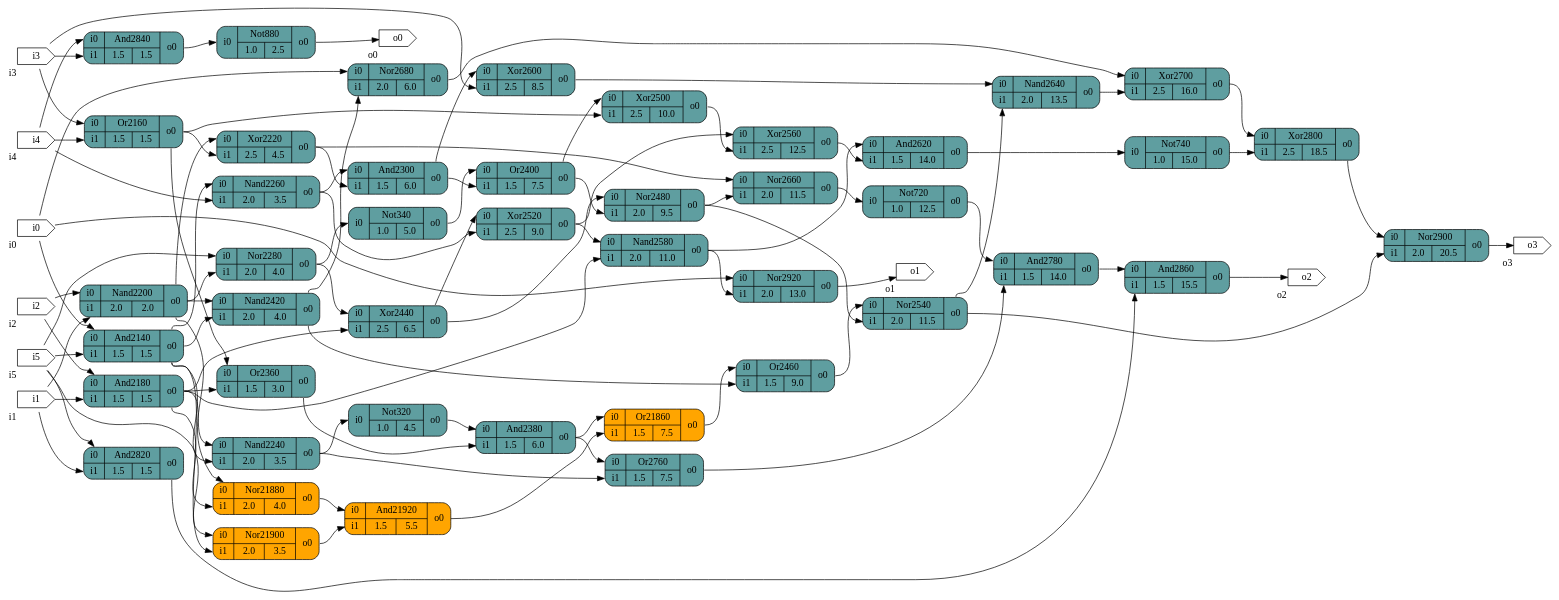
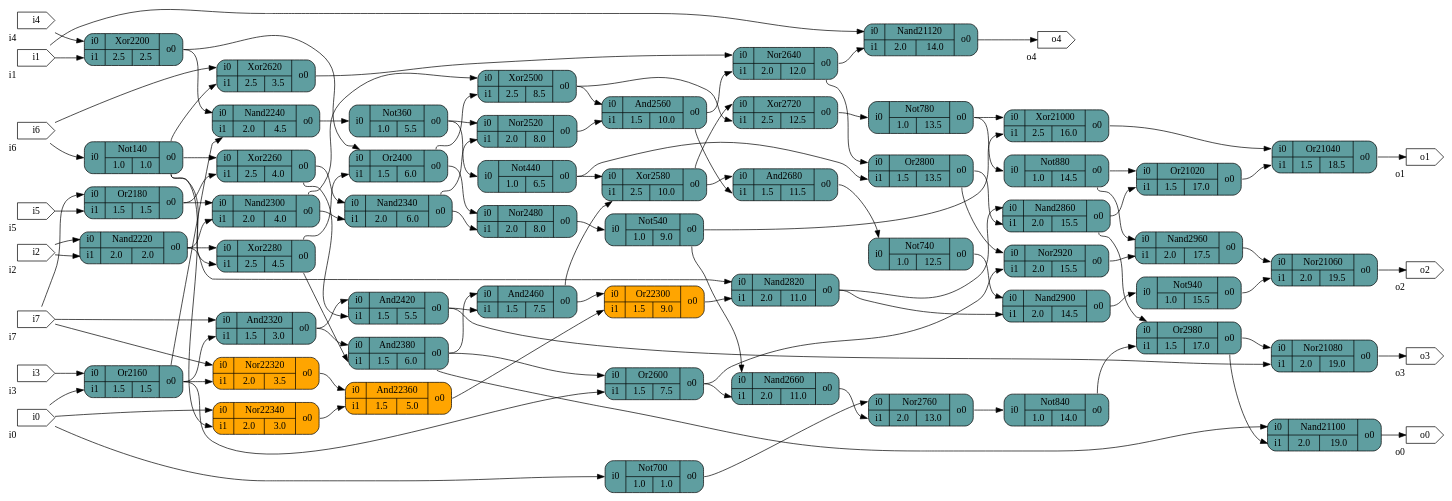
One commit to Quentin-Tual/Netenos changed the diagram in rand_circ_mod.dot. Above: the diagram before and after it, drawn with Graphviz. The commit also changed 9 other files, not shown here.

```diff
--- a/rand_circ_mod.dot
+++ b/rand_circ_mod.dot
@@ -1,144 +1,173 @@
 digraph test {
 		graph [rankdir = LR];
-		And2140[shape=record; style="rounded,filled"; fillcolor=cadetblue; label="{{<i0>i0|<i1>i1}|{And2140|{1.5|1.5}}|{<o0>o0}}"]
+		Not140[shape=record; style="rounded,filled"; fillcolor=cadetblue; label="{{<i0>i0}|{Not140|{1.0|1.0}}|{<o0>o0}}"]
 		Or2160[shape=record; style="rounded,filled"; fillcolor=cadetblue; label="{{<i0>i0|<i1>i1}|{Or2160|{1.5|1.5}}|{<o0>o0}}"]
-		And2180[shape=record; style="rounded,filled"; fillcolor=cadetblue; label="{{<i0>i0|<i1>i1}|{And2180|{1.5|1.5}}|{<o0>o0}}"]
-		Nand2200[shape=record; style="rounded,filled"; fillcolor=cadetblue; label="{{<i0>i0|<i1>i1}|{Nand2200|{2.0|2.0}}|{<o0>o0}}"]
-		Xor2220[shape=record; style="rounded,filled"; fillcolor=cadetblue; label="{{<i0>i0|<i1>i1}|{Xor2220|{2.5|4.5}}|{<o0>o0}}"]
-		Nand2240[shape=record; style="rounded,filled"; fillcolor=cadetblue; label="{{<i0>i0|<i1>i1}|{Nand2240|{2.0|3.5}}|{<o0>o0}}"]
-		Nand2260[shape=record; style="rounded,filled"; fillcolor=cadetblue; label="{{<i0>i0|<i1>i1}|{Nand2260|{2.0|3.5}}|{<o0>o0}}"]
-		Nor2280[shape=record; style="rounded,filled"; fillcolor=cadetblue; label="{{<i0>i0|<i1>i1}|{Nor2280|{2.0|4.0}}|{<o0>o0}}"]
-		And2300[shape=record; style="rounded,filled"; fillcolor=cadetblue; label="{{<i0>i0|<i1>i1}|{And2300|{1.5|6.0}}|{<o0>o0}}"]
-		Not320[shape=record; style="rounded,filled"; fillcolor=cadetblue; label="{{<i0>i0}|{Not320|{1.0|4.5}}|{<o0>o0}}"]
-		Not340[shape=record; style="rounded,filled"; fillcolor=cadetblue; label="{{<i0>i0}|{Not340|{1.0|5.0}}|{<o0>o0}}"]
-		Or2360[shape=record; style="rounded,filled"; fillcolor=cadetblue; label="{{<i0>i0|<i1>i1}|{Or2360|{1.5|3.0}}|{<o0>o0}}"]
+		Or2180[shape=record; style="rounded,filled"; fillcolor=cadetblue; label="{{<i0>i0|<i1>i1}|{Or2180|{1.5|1.5}}|{<o0>o0}}"]
+		Xor2200[shape=record; style="rounded,filled"; fillcolor=cadetblue; label="{{<i0>i0|<i1>i1}|{Xor2200|{2.5|2.5}}|{<o0>o0}}"]
+		Nand2220[shape=record; style="rounded,filled"; fillcolor=cadetblue; label="{{<i0>i0|<i1>i1}|{Nand2220|{2.0|2.0}}|{<o0>o0}}"]
+		Nand2240[shape=record; style="rounded,filled"; fillcolor=cadetblue; label="{{<i0>i0|<i1>i1}|{Nand2240|{2.0|4.5}}|{<o0>o0}}"]
+		Xor2260[shape=record; style="rounded,filled"; fillcolor=cadetblue; label="{{<i0>i0|<i1>i1}|{Xor2260|{2.5|4.0}}|{<o0>o0}}"]
+		Xor2280[shape=record; style="rounded,filled"; fillcolor=cadetblue; label="{{<i0>i0|<i1>i1}|{Xor2280|{2.5|4.5}}|{<o0>o0}}"]
+		Nand2300[shape=record; style="rounded,filled"; fillcolor=cadetblue; label="{{<i0>i0|<i1>i1}|{Nand2300|{2.0|4.0}}|{<o0>o0}}"]
+		And2320[shape=record; style="rounded,filled"; fillcolor=cadetblue; label="{{<i0>i0|<i1>i1}|{And2320|{1.5|3.0}}|{<o0>o0}}"]
+		Nand2340[shape=record; style="rounded,filled"; fillcolor=cadetblue; label="{{<i0>i0|<i1>i1}|{Nand2340|{2.0|6.0}}|{<o0>o0}}"]
+		Not360[shape=record; style="rounded,filled"; fillcolor=cadetblue; label="{{<i0>i0}|{Not360|{1.0|5.5}}|{<o0>o0}}"]
 		And2380[shape=record; style="rounded,filled"; fillcolor=cadetblue; label="{{<i0>i0|<i1>i1}|{And2380|{1.5|6.0}}|{<o0>o0}}"]
-		Or2400[shape=record; style="rounded,filled"; fillcolor=cadetblue; label="{{<i0>i0|<i1>i1}|{Or2400|{1.5|7.5}}|{<o0>o0}}"]
-		Nand2420[shape=record; style="rounded,filled"; fillcolor=cadetblue; label="{{<i0>i0|<i1>i1}|{Nand2420|{2.0|4.0}}|{<o0>o0}}"]
-		Xor2440[shape=record; style="rounded,filled"; fillcolor=cadetblue; label="{{<i0>i0|<i1>i1}|{Xor2440|{2.5|6.5}}|{<o0>o0}}"]
-		Or2460[shape=record; style="rounded,filled"; fillcolor=cadetblue; label="{{<i0>i0|<i1>i1}|{Or2460|{1.5|9.0}}|{<o0>o0}}"]
-		Nor2480[shape=record; style="rounded,filled"; fillcolor=cadetblue; label="{{<i0>i0|<i1>i1}|{Nor2480|{2.0|9.5}}|{<o0>o0}}"]
-		Xor2500[shape=record; style="rounded,filled"; fillcolor=cadetblue; label="{{<i0>i0|<i1>i1}|{Xor2500|{2.5|10.0}}|{<o0>o0}}"]
-		Xor2520[shape=record; style="rounded,filled"; fillcolor=cadetblue; label="{{<i0>i0|<i1>i1}|{Xor2520|{2.5|9.0}}|{<o0>o0}}"]
-		Nor2540[shape=record; style="rounded,filled"; fillcolor=cadetblue; label="{{<i0>i0|<i1>i1}|{Nor2540|{2.0|11.5}}|{<o0>o0}}"]
-		Xor2560[shape=record; style="rounded,filled"; fillcolor=cadetblue; label="{{<i0>i0|<i1>i1}|{Xor2560|{2.5|12.5}}|{<o0>o0}}"]
-		Nand2580[shape=record; style="rounded,filled"; fillcolor=cadetblue; label="{{<i0>i0|<i1>i1}|{Nand2580|{2.0|11.0}}|{<o0>o0}}"]
-		Xor2600[shape=record; style="rounded,filled"; fillcolor=cadetblue; label="{{<i0>i0|<i1>i1}|{Xor2600|{2.5|8.5}}|{<o0>o0}}"]
-		And2620[shape=record; style="rounded,filled"; fillcolor=cadetblue; label="{{<i0>i0|<i1>i1}|{And2620|{1.5|14.0}}|{<o0>o0}}"]
-		Nand2640[shape=record; style="rounded,filled"; fillcolor=cadetblue; label="{{<i0>i0|<i1>i1}|{Nand2640|{2.0|13.5}}|{<o0>o0}}"]
-		Nor2660[shape=record; style="rounded,filled"; fillcolor=cadetblue; label="{{<i0>i0|<i1>i1}|{Nor2660|{2.0|11.5}}|{<o0>o0}}"]
-		Nor2680[shape=record; style="rounded,filled"; fillcolor=cadetblue; label="{{<i0>i0|<i1>i1}|{Nor2680|{2.0|6.0}}|{<o0>o0}}"]
-		Xor2700[shape=record; style="rounded,filled"; fillcolor=cadetblue; label="{{<i0>i0|<i1>i1}|{Xor2700|{2.5|16.0}}|{<o0>o0}}"]
-		Not720[shape=record; style="rounded,filled"; fillcolor=cadetblue; label="{{<i0>i0}|{Not720|{1.0|12.5}}|{<o0>o0}}"]
-		Not740[shape=record; style="rounded,filled"; fillcolor=cadetblue; label="{{<i0>i0}|{Not740|{1.0|15.0}}|{<o0>o0}}"]
-		Or2760[shape=record; style="rounded,filled"; fillcolor=cadetblue; label="{{<i0>i0|<i1>i1}|{Or2760|{1.5|7.5}}|{<o0>o0}}"]
-		And2780[shape=record; style="rounded,filled"; fillcolor=cadetblue; label="{{<i0>i0|<i1>i1}|{And2780|{1.5|14.0}}|{<o0>o0}}"]
-		Xor2800[shape=record; style="rounded,filled"; fillcolor=cadetblue; label="{{<i0>i0|<i1>i1}|{Xor2800|{2.5|18.5}}|{<o0>o0}}"]
-		And2820[shape=record; style="rounded,filled"; fillcolor=cadetblue; label="{{<i0>i0|<i1>i1}|{And2820|{1.5|1.5}}|{<o0>o0}}"]
-		And2840[shape=record; style="rounded,filled"; fillcolor=cadetblue; label="{{<i0>i0|<i1>i1}|{And2840|{1.5|1.5}}|{<o0>o0}}"]
-		And2860[shape=record; style="rounded,filled"; fillcolor=cadetblue; label="{{<i0>i0|<i1>i1}|{And2860|{1.5|15.5}}|{<o0>o0}}"]
-		Not880[shape=record; style="rounded,filled"; fillcolor=cadetblue; label="{{<i0>i0}|{Not880|{1.0|2.5}}|{<o0>o0}}"]
-		Nor2900[shape=record; style="rounded,filled"; fillcolor=cadetblue; label="{{<i0>i0|<i1>i1}|{Nor2900|{2.0|20.5}}|{<o0>o0}}"]
-		Nor2920[shape=record; style="rounded,filled"; fillcolor=cadetblue; label="{{<i0>i0|<i1>i1}|{Nor2920|{2.0|13.0}}|{<o0>o0}}"]
-		Or21860[shape=record; style="rounded,filled"; fillcolor=orange1; label="{{<i0>i0|<i1>i1}|{Or21860|{1.5|7.5}}|{<o0>o0}}"]
-		Nor21880[shape=record; style="rounded,filled"; fillcolor=orange1; label="{{<i0>i0|<i1>i1}|{Nor21880|{2.0|4.0}}|{<o0>o0}}"]
-		Nor21900[shape=record; style="rounded,filled"; fillcolor=orange1; label="{{<i0>i0|<i1>i1}|{Nor21900|{2.0|3.5}}|{<o0>o0}}"]
-		And21920[shape=record; style="rounded,filled"; fillcolor=orange1; label="{{<i0>i0|<i1>i1}|{And21920|{1.5|5.5}}|{<o0>o0}}"]
+		Or2400[shape=record; style="rounded,filled"; fillcolor=cadetblue; label="{{<i0>i0|<i1>i1}|{Or2400|{1.5|6.0}}|{<o0>o0}}"]
+		And2420[shape=record; style="rounded,filled"; fillcolor=cadetblue; label="{{<i0>i0|<i1>i1}|{And2420|{1.5|5.5}}|{<o0>o0}}"]
+		Not440[shape=record; style="rounded,filled"; fillcolor=cadetblue; label="{{<i0>i0}|{Not440|{1.0|6.5}}|{<o0>o0}}"]
+		And2460[shape=record; style="rounded,filled"; fillcolor=cadetblue; label="{{<i0>i0|<i1>i1}|{And2460|{1.5|7.5}}|{<o0>o0}}"]
+		Nor2480[shape=record; style="rounded,filled"; fillcolor=cadetblue; label="{{<i0>i0|<i1>i1}|{Nor2480|{2.0|8.0}}|{<o0>o0}}"]
+		Xor2500[shape=record; style="rounded,filled"; fillcolor=cadetblue; label="{{<i0>i0|<i1>i1}|{Xor2500|{2.5|8.5}}|{<o0>o0}}"]
+		Nor2520[shape=record; style="rounded,filled"; fillcolor=cadetblue; label="{{<i0>i0|<i1>i1}|{Nor2520|{2.0|8.0}}|{<o0>o0}}"]
+		Not540[shape=record; style="rounded,filled"; fillcolor=cadetblue; label="{{<i0>i0}|{Not540|{1.0|9.0}}|{<o0>o0}}"]
+		And2560[shape=record; style="rounded,filled"; fillcolor=cadetblue; label="{{<i0>i0|<i1>i1}|{And2560|{1.5|10.0}}|{<o0>o0}}"]
+		Xor2580[shape=record; style="rounded,filled"; fillcolor=cadetblue; label="{{<i0>i0|<i1>i1}|{Xor2580|{2.5|10.0}}|{<o0>o0}}"]
+		Or2600[shape=record; style="rounded,filled"; fillcolor=cadetblue; label="{{<i0>i0|<i1>i1}|{Or2600|{1.5|7.5}}|{<o0>o0}}"]
+		Xor2620[shape=record; style="rounded,filled"; fillcolor=cadetblue; label="{{<i0>i0|<i1>i1}|{Xor2620|{2.5|3.5}}|{<o0>o0}}"]
+		Nor2640[shape=record; style="rounded,filled"; fillcolor=cadetblue; label="{{<i0>i0|<i1>i1}|{Nor2640|{2.0|12.0}}|{<o0>o0}}"]
+		Nand2660[shape=record; style="rounded,filled"; fillcolor=cadetblue; label="{{<i0>i0|<i1>i1}|{Nand2660|{2.0|11.0}}|{<o0>o0}}"]
+		And2680[shape=record; style="rounded,filled"; fillcolor=cadetblue; label="{{<i0>i0|<i1>i1}|{And2680|{1.5|11.5}}|{<o0>o0}}"]
+		Not700[shape=record; style="rounded,filled"; fillcolor=cadetblue; label="{{<i0>i0}|{Not700|{1.0|1.0}}|{<o0>o0}}"]
+		Xor2720[shape=record; style="rounded,filled"; fillcolor=cadetblue; label="{{<i0>i0|<i1>i1}|{Xor2720|{2.5|12.5}}|{<o0>o0}}"]
+		Not740[shape=record; style="rounded,filled"; fillcolor=cadetblue; label="{{<i0>i0}|{Not740|{1.0|12.5}}|{<o0>o0}}"]
+		Nor2760[shape=record; style="rounded,filled"; fillcolor=cadetblue; label="{{<i0>i0|<i1>i1}|{Nor2760|{2.0|13.0}}|{<o0>o0}}"]
+		Not780[shape=record; style="rounded,filled"; fillcolor=cadetblue; label="{{<i0>i0}|{Not780|{1.0|13.5}}|{<o0>o0}}"]
+		Or2800[shape=record; style="rounded,filled"; fillcolor=cadetblue; label="{{<i0>i0|<i1>i1}|{Or2800|{1.5|13.5}}|{<o0>o0}}"]
+		Nand2820[shape=record; style="rounded,filled"; fillcolor=cadetblue; label="{{<i0>i0|<i1>i1}|{Nand2820|{2.0|11.0}}|{<o0>o0}}"]
+		Not840[shape=record; style="rounded,filled"; fillcolor=cadetblue; label="{{<i0>i0}|{Not840|{1.0|14.0}}|{<o0>o0}}"]
+		Nand2860[shape=record; style="rounded,filled"; fillcolor=cadetblue; label="{{<i0>i0|<i1>i1}|{Nand2860|{2.0|15.5}}|{<o0>o0}}"]
+		Not880[shape=record; style="rounded,filled"; fillcolor=cadetblue; label="{{<i0>i0}|{Not880|{1.0|14.5}}|{<o0>o0}}"]
+		Nand2900[shape=record; style="rounded,filled"; fillcolor=cadetblue; label="{{<i0>i0|<i1>i1}|{Nand2900|{2.0|14.5}}|{<o0>o0}}"]
+		Nor2920[shape=record; style="rounded,filled"; fillcolor=cadetblue; label="{{<i0>i0|<i1>i1}|{Nor2920|{2.0|15.5}}|{<o0>o0}}"]
+		Not940[shape=record; style="rounded,filled"; fillcolor=cadetblue; label="{{<i0>i0}|{Not940|{1.0|15.5}}|{<o0>o0}}"]
+		Nand2960[shape=record; style="rounded,filled"; fillcolor=cadetblue; label="{{<i0>i0|<i1>i1}|{Nand2960|{2.0|17.5}}|{<o0>o0}}"]
+		Or2980[shape=record; style="rounded,filled"; fillcolor=cadetblue; label="{{<i0>i0|<i1>i1}|{Or2980|{1.5|17.0}}|{<o0>o0}}"]
+		Xor21000[shape=record; style="rounded,filled"; fillcolor=cadetblue; label="{{<i0>i0|<i1>i1}|{Xor21000|{2.5|16.0}}|{<o0>o0}}"]
+		Or21020[shape=record; style="rounded,filled"; fillcolor=cadetblue; label="{{<i0>i0|<i1>i1}|{Or21020|{1.5|17.0}}|{<o0>o0}}"]
+		Or21040[shape=record; style="rounded,filled"; fillcolor=cadetblue; label="{{<i0>i0|<i1>i1}|{Or21040|{1.5|18.5}}|{<o0>o0}}"]
+		Nor21060[shape=record; style="rounded,filled"; fillcolor=cadetblue; label="{{<i0>i0|<i1>i1}|{Nor21060|{2.0|19.5}}|{<o0>o0}}"]
+		Nor21080[shape=record; style="rounded,filled"; fillcolor=cadetblue; label="{{<i0>i0|<i1>i1}|{Nor21080|{2.0|19.0}}|{<o0>o0}}"]
+		Nand21100[shape=record; style="rounded,filled"; fillcolor=cadetblue; label="{{<i0>i0|<i1>i1}|{Nand21100|{2.0|19.0}}|{<o0>o0}}"]
+		Nand21120[shape=record; style="rounded,filled"; fillcolor=cadetblue; label="{{<i0>i0|<i1>i1}|{Nand21120|{2.0|14.0}}|{<o0>o0}}"]
+		Or22300[shape=record; style="rounded,filled"; fillcolor=orange1; label="{{<i0>i0|<i1>i1}|{Or22300|{1.5|9.0}}|{<o0>o0}}"]
+		Nor22320[shape=record; style="rounded,filled"; fillcolor=orange1; label="{{<i0>i0|<i1>i1}|{Nor22320|{2.0|3.5}}|{<o0>o0}}"]
+		Nor22340[shape=record; style="rounded,filled"; fillcolor=orange1; label="{{<i0>i0|<i1>i1}|{Nor22340|{2.0|3.0}}|{<o0>o0}}"]
+		And22360[shape=record; style="rounded,filled"; fillcolor=orange1; label="{{<i0>i0|<i1>i1}|{And22360|{1.5|5.0}}|{<o0>o0}}"]
 		i0[shape=cds,xlabel="i0"]
 		i1[shape=cds,xlabel="i1"]
 		i2[shape=cds,xlabel="i2"]
 		i3[shape=cds,xlabel="i3"]
 		i4[shape=cds,xlabel="i4"]
 		i5[shape=cds,xlabel="i5"]
+		i6[shape=cds,xlabel="i6"]
+		i7[shape=cds,xlabel="i7"]
 		o0[shape=cds,xlabel="o0"]
 		o1[shape=cds,xlabel="o1"]
 		o2[shape=cds,xlabel="o2"]
 		o3[shape=cds,xlabel="o3"]
-		i0 -> And2140:i0;
-		i0 -> Nor2680:i0;
-		i0 -> Nor2920:i0;
-		i1 -> And2180:i1;
-		i1 -> Nand2200:i1;
-		i1 -> And2820:i1;
-		i2 -> And2180:i0;
-		i2 -> Nand2200:i0;
+		o4[shape=cds,xlabel="o4"]
+		i0 -> Or2160:i1;
+		i0 -> Not700:i0;
+		i0 -> Nor22340:i0;
+		i1 -> Xor2200:i1;
+		i1 -> Nand21120:i0;
+		i2 -> Nand2220:i0;
+		i2 -> Nand2220:i1;
 		i3 -> Or2160:i0;
-		i3 -> Xor2600:i1;
-		i3 -> And2840:i1;
-		i4 -> Or2160:i1;
-		i4 -> Nand2260:i1;
-		i4 -> And2840:i0;
-		i5 -> And2140:i1;
-		i5 -> Nor2280:i0;
-		i5 -> And2820:i0;
-		i5 -> Nor21900:i0;
-		And2140:o0 -> Nand2240:i1;
-		And2140:o0 -> Nand2260:i0;
-		And2140:o0 -> Nand2420:i1;
-		And2140:o0 -> Nor21900:i1;
-		Or2160:o0 -> Xor2220:i1;
-		Or2160:o0 -> Or2360:i0;
-		Or2160:o0 -> Xor2500:i1;
-		And2180:o0 -> Nand2240:i0;
-		And2180:o0 -> Or2360:i1;
-		And2180:o0 -> Xor2440:i1;
-		And2180:o0 -> Nand2580:i1;
-		And2180:o0 -> Nor21880:i1;
-		Nand2200:o0 -> Xor2220:i0;
-		Nand2200:o0 -> Nor2280:i1;
-		Nand2200:o0 -> Nand2420:i0;
-		Nand2200:o0 -> Nor21880:i0;
-		Xor2220:o0 -> And2300:i1;
-		Xor2220:o0 -> Nor2660:i0;
-		Nand2240:o0 -> Not320:i0;
-		Nand2240:o0 -> Or2760:i1;
-		Nand2260:o0 -> And2300:i0;
-		Nand2260:o0 -> Xor2520:i1;
-		Nor2280:o0 -> Not340:i0;
-		Nor2280:o0 -> Xor2440:i0;
-		And2300:o0 -> Or2400:i1;
-		And2300:o0 -> Xor2600:i0;
-		Not320:o0 -> And2380:i0;
-		Not340:o0 -> Or2400:i0;
-		Or2360:o0 -> And2380:i1;
-		And2380:o0 -> Or2760:i0;
-		And2380:o0 -> Or21860:i0;
-		Or2400:o0 -> Nor2480:i1;
-		Or2400:o0 -> Xor2500:i0;
-		Nand2420:o0 -> Or2460:i1;
-		Nand2420:o0 -> Nor2680:i1;
-		Xor2440:o0 -> Nor2480:i0;
-		Xor2440:o0 -> Xor2520:i0;
-		Or2460:o0 -> Nor2540:i0;
-		Nor2480:o0 -> Nor2540:i1;
-		Nor2480:o0 -> Nor2660:i1;
-		Xor2500:o0 -> Xor2560:i1;
-		Xor2520:o0 -> Xor2560:i0;
-		Xor2520:o0 -> Nand2580:i0;
-		Nor2540:o0 -> Nand2640:i1;
-		Nor2540:o0 -> Nor2900:i1;
-		Xor2560:o0 -> And2620:i1;
-		Nand2580:o0 -> And2620:i0;
-		Nand2580:o0 -> Nor2920:i1;
-		Xor2600:o0 -> Nand2640:i0;
-		And2620:o0 -> Not740:i0;
-		Nand2640:o0 -> Xor2700:i1;
-		Nor2660:o0 -> Not720:i0;
-		Nor2680:o0 -> Xor2700:i0;
-		Xor2700:o0 -> Xor2800:i0;
-		Not720:o0 -> And2780:i0;
-		Not740:o0 -> Xor2800:i1;
-		Or2760:o0 -> And2780:i1;
-		And2780:o0 -> And2860:i0;
-		Xor2800:o0 -> Nor2900:i0;
-		And2820:o0 -> And2860:i1;
-		And2840:o0 -> Not880:i0;
-		And2860:o0 -> o2;
-		Not880:o0 -> o0;
-		Nor2900:o0 -> o3;
-		Nor2920:o0 -> o1;
-		Or21860:o0 -> Or2460:i0;
-		Nor21880:o0 -> And21920:i0;
-		Nor21900:o0 -> And21920:i1;
-		And21920:o0 -> Or21860:i1;
+		i4 -> Xor2200:i0;
+		i5 -> Or2180:i1;
+		i6 -> Not140:i0;
+		i6 -> Xor2620:i0;
+		i7 -> Or2180:i0;
+		i7 -> And2320:i0;
+		i7 -> Nor22320:i0;
+		Not140:o0 -> Xor2260:i0;
+		Not140:o0 -> Xor2280:i1;
+		Not140:o0 -> Xor2620:i1;
+		Not140:o0 -> Nor22340:i1;
+		Or2160:o0 -> Nand2240:i1;
+		Or2160:o0 -> And2320:i1;
+		Or2160:o0 -> Or2600:i1;
+		Or2160:o0 -> Nor22320:i1;
+		Or2180:o0 -> Xor2260:i1;
+		Or2180:o0 -> Nand2300:i0;
+		Xor2200:o0 -> Nand2240:i0;
+		Xor2200:o0 -> Or2400:i0;
+		Nand2220:o0 -> Xor2280:i0;
+		Nand2220:o0 -> Nand2300:i1;
+		Nand2220:o0 -> Nand2820:i0;
+		Nand2240:o0 -> Not360:i0;
+		Xor2260:o0 -> Nand2340:i0;
+		Xor2260:o0 -> And2420:i1;
+		Xor2280:o0 -> And2380:i1;
+		Xor2280:o0 -> Or2400:i1;
+		Nand2300:o0 -> Nand2340:i1;
+		Nand2300:o0 -> Xor2500:i0;
+		And2320:o0 -> And2380:i0;
+		And2320:o0 -> And2420:i0;
+		Nand2340:o0 -> Nor2480:i1;
+		Nand2340:o0 -> Nor2520:i1;
+		Not360:o0 -> Not440:i0;
+		Not360:o0 -> Nor2520:i0;
+		And2380:o0 -> And2460:i0;
+		And2380:o0 -> Or2600:i0;
+		And2380:o0 -> Nand21100:i0;
+		Or2400:o0 -> Nor2480:i0;
+		Or2400:o0 -> Xor2500:i1;
+		And2420:o0 -> And2460:i1;
+		And2420:o0 -> Nor21080:i1;
+		Not440:o0 -> Xor2580:i0;
+		Not440:o0 -> Or2800:i1;
+		And2460:o0 -> Xor2580:i1;
+		And2460:o0 -> Or22300:i0;
+		Nor2480:o0 -> Not540:i0;
+		Xor2500:o0 -> And2560:i0;
+		Xor2500:o0 -> Xor2720:i1;
+		Nor2520:o0 -> And2560:i1;
+		Not540:o0 -> Nand2660:i0;
+		Not540:o0 -> Xor21000:i1;
+		And2560:o0 -> Nor2640:i1;
+		And2560:o0 -> And2680:i1;
+		Xor2580:o0 -> And2680:i0;
+		Xor2580:o0 -> Xor2720:i0;
+		Or2600:o0 -> Nand2660:i1;
+		Or2600:o0 -> Nor2920:i1;
+		Xor2620:o0 -> Nor2640:i0;
+		Nor2640:o0 -> Or2800:i0;
+		Nor2640:o0 -> Nand21120:i1;
+		Nand2660:o0 -> Nor2760:i1;
+		And2680:o0 -> Not740:i0;
+		Not700:o0 -> Nor2760:i0;
+		Xor2720:o0 -> Not780:i0;
+		Not740:o0 -> Nand2900:i0;
+		Nor2760:o0 -> Not840:i0;
+		Not780:o0 -> Not880:i0;
+		Not780:o0 -> Xor21000:i0;
+		Or2800:o0 -> Nand2860:i1;
+		Or2800:o0 -> Nor2920:i0;
+		Nand2820:o0 -> Nand2860:i0;
+		Nand2820:o0 -> Nand2900:i1;
+		Not840:o0 -> Or2980:i1;
+		Nand2860:o0 -> Or2980:i0;
+		Nand2860:o0 -> Or21020:i1;
+		Not880:o0 -> Nand2960:i0;
+		Not880:o0 -> Or21020:i0;
+		Nand2900:o0 -> Not940:i0;
+		Nor2920:o0 -> Nand2960:i1;
+		Not940:o0 -> Nor21060:i1;
+		Nand2960:o0 -> Nor21060:i0;
+		Or2980:o0 -> Nor21080:i0;
+		Or2980:o0 -> Nand21100:i1;
+		Xor21000:o0 -> Or21040:i0;
+		Or21020:o0 -> Or21040:i1;
+		Or21040:o0 -> o1;
+		Nor21060:o0 -> o2;
+		Nor21080:o0 -> o3;
+		Nand21100:o0 -> o0;
+		Nand21120:o0 -> o4;
+		Or22300:o0 -> Nand2820:i1;
+		Nor22320:o0 -> And22360:i0;
+		Nor22340:o0 -> And22360:i1;
+		And22360:o0 -> Or22300:i1;
 }
```
